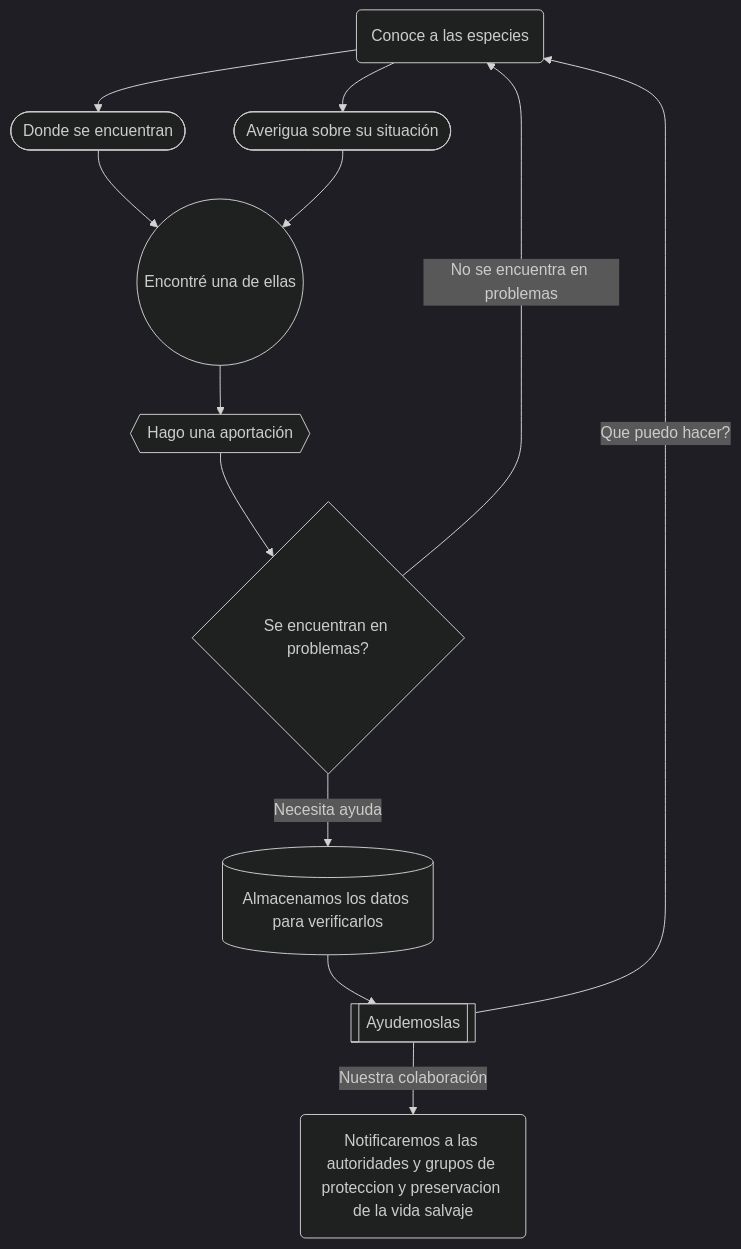
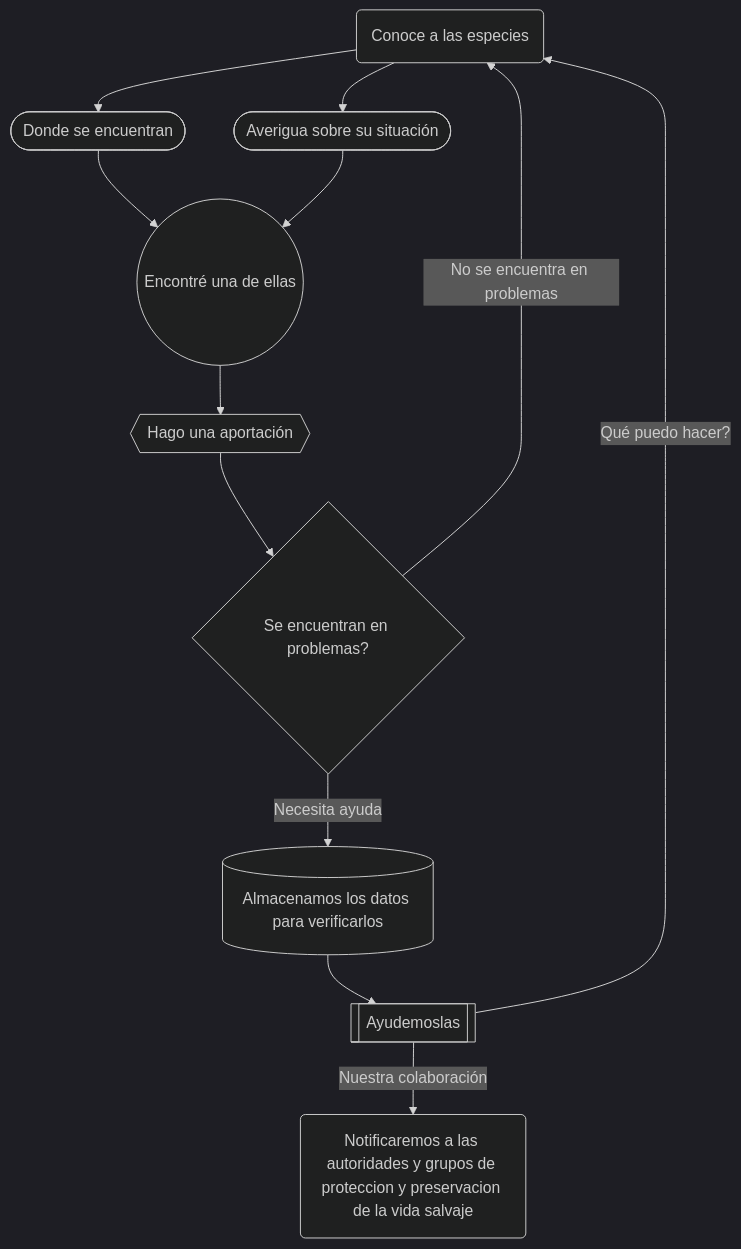
The first of 2 diagrams in README.md (martinGM05/Hack-The-Ocean-Front), drawn with Mermaid (dark theme) before and after one commit.

````diff
--- a/README.md
+++ b/README.md
@@ -30,16 +30,16 @@
 ```mermaid
 flowchart TB
-id1-->id2 & id7-->id3-->id5-->id4--Necesita ayuda-->id6-->id8--Que puedo hacer?-->id1
+id1-->id2 & id7-->id3-->id5-->id4--Necesita ayuda-->id6-->id8--Qué puedo hacer?-->id1
 id4--No se encuentra en problemas-->id1
 id8--Nuestra colaboración-->id9
  
 id1(Conoce a las especies)
 id2([Donde se encuentran])
 id3((Encontré una de ellas))
 id4{Se encuentran en problemas?}
 id5{{Hago una aportación}}
 id6[(Almacenamos los datos para verificarlos)]
 id7([Averigua sobre su situación])
 id8[[Ayudemoslas]]
 id9(Notificaremos a las autoridades y grupos de proteccion y preservacion de la vida salvaje)
 ```
````
